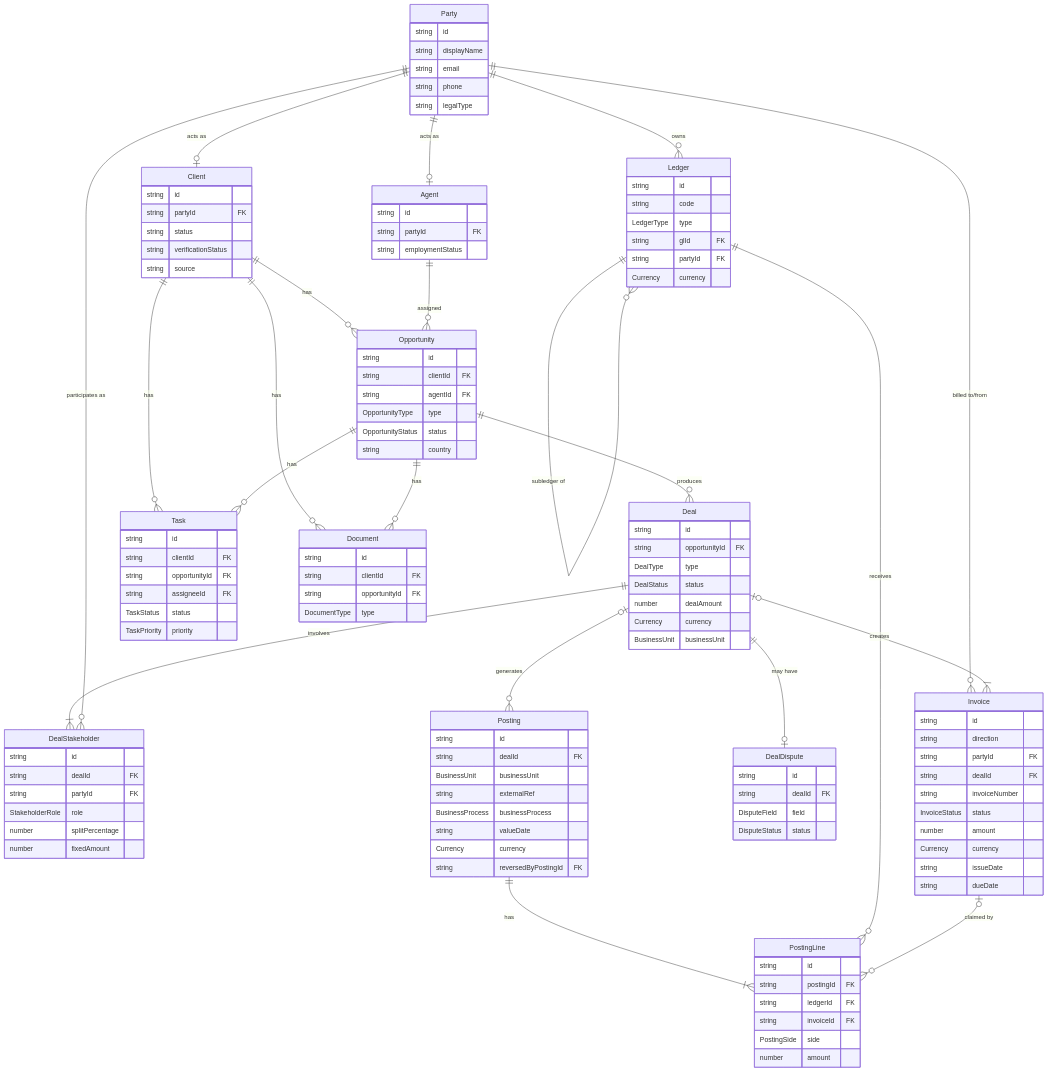
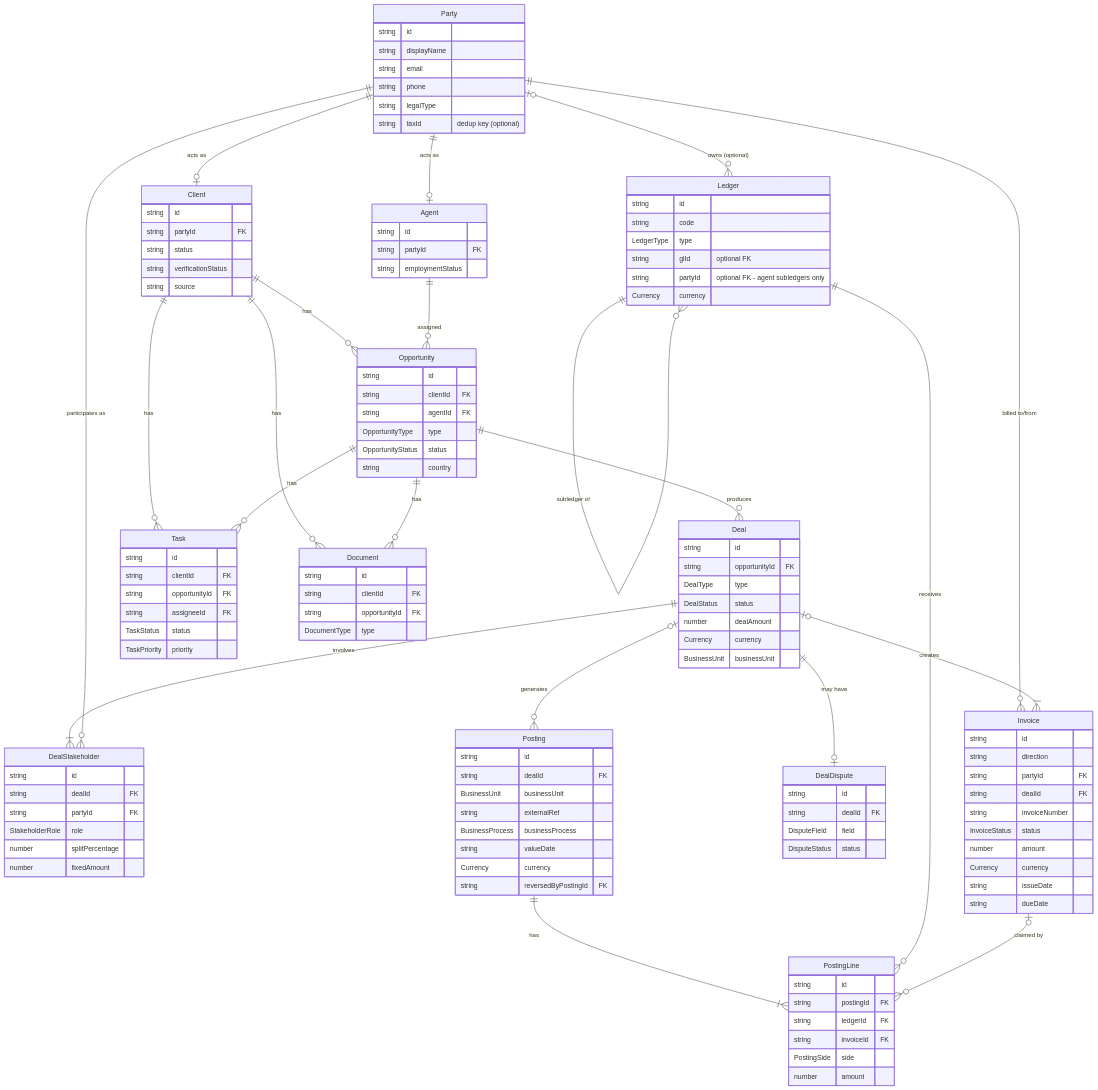
The diagram in packages/shared-domain/DOMAIN_MODEL.md (fulviogargiulo/deals-prototype), drawn with Mermaid before and after one commit. The commit also changed other lines of this file and 37 other files, not shown here.

```diff
--- a/packages/shared-domain/DOMAIN_MODEL.md
+++ b/packages/shared-domain/DOMAIN_MODEL.md
@@ -12,6 +12,7 @@
         string email
         string phone
         string legalType
+        string taxId "dedup key (optional)"
     }
     Agent {
         string id
@@ -86,8 +87,8 @@
         string id
         string code
         LedgerType type
-        string glId FK
-        string partyId FK
+        string glId "optional FK"
+        string partyId "optional FK - agent subledgers only"
         Currency currency
     }
     Posting {
@@ -115,7 +116,7 @@
     Opportunity ||--o{ Deal             : "produces"
     Deal        ||--|{ DealStakeholder  : "involves"
     Party       ||--o{ DealStakeholder  : "participates as"
-    Party       ||--o{ Ledger           : "owns"
+    Party       |o--o{ Ledger           : "owns (optional)"
     Party       ||--o{ Invoice          : "billed to/from"
     Deal        |o--|{ Invoice          : "creates"
     Deal        |o--o{ Posting          : "generates"
```
